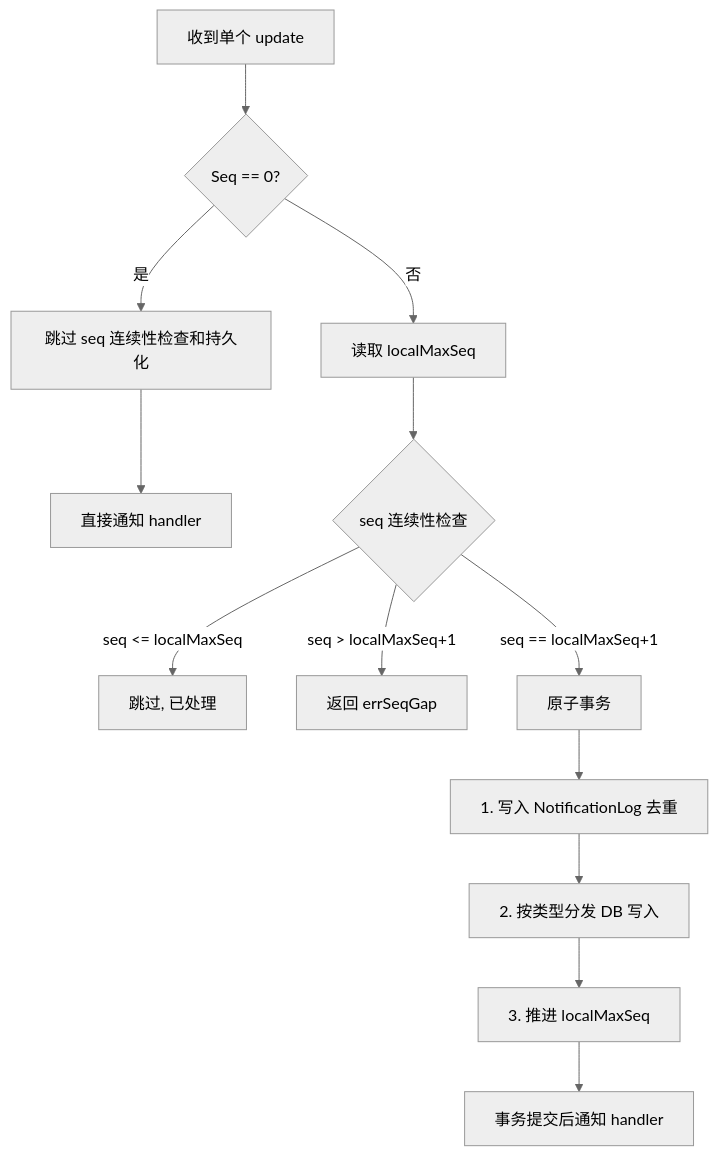
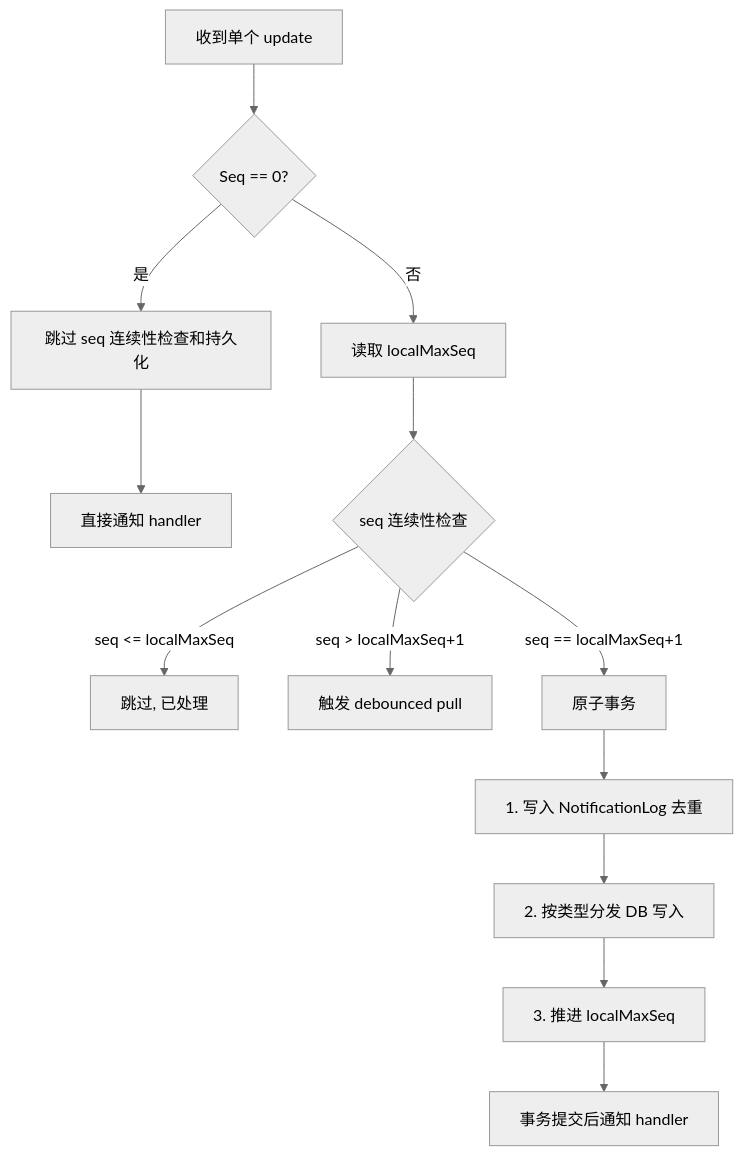
One commit to PineappleBond/xyncra-server changed the ninth of 12 diagrams in wiki/flows/sync-updates.md. Above: the diagram before and after it, drawn with Mermaid (neutral theme). The commit also changed other lines of this file and 22 other files, not shown here.

````diff
--- a/wiki/flows/sync-updates.md
+++ b/wiki/flows/sync-updates.md
@@ -306,15 +306,15 @@
 ```mermaid
 flowchart TD
     A[收到单个 update] --> B{Seq == 0?}
     B -->|是| C[跳过 seq 连续性检查和持久化]
     C --> D[直接通知 handler]
     B -->|否| E[读取 localMaxSeq]
     E --> F{seq 连续性检查}
     F -->|seq <= localMaxSeq| G[跳过, 已处理]
-    F -->|seq > localMaxSeq+1| H[返回 errSeqGap]
+    F -->|seq > localMaxSeq+1| H[触发 debounced pull]
     F -->|seq == localMaxSeq+1| I[原子事务]
     I --> J[1. 写入 NotificationLog 去重]
     J --> K[2. 按类型分发 DB 写入]
     K --> L[3. 推进 localMaxSeq]
     L --> M[事务提交后通知 handler]
 ```
````
